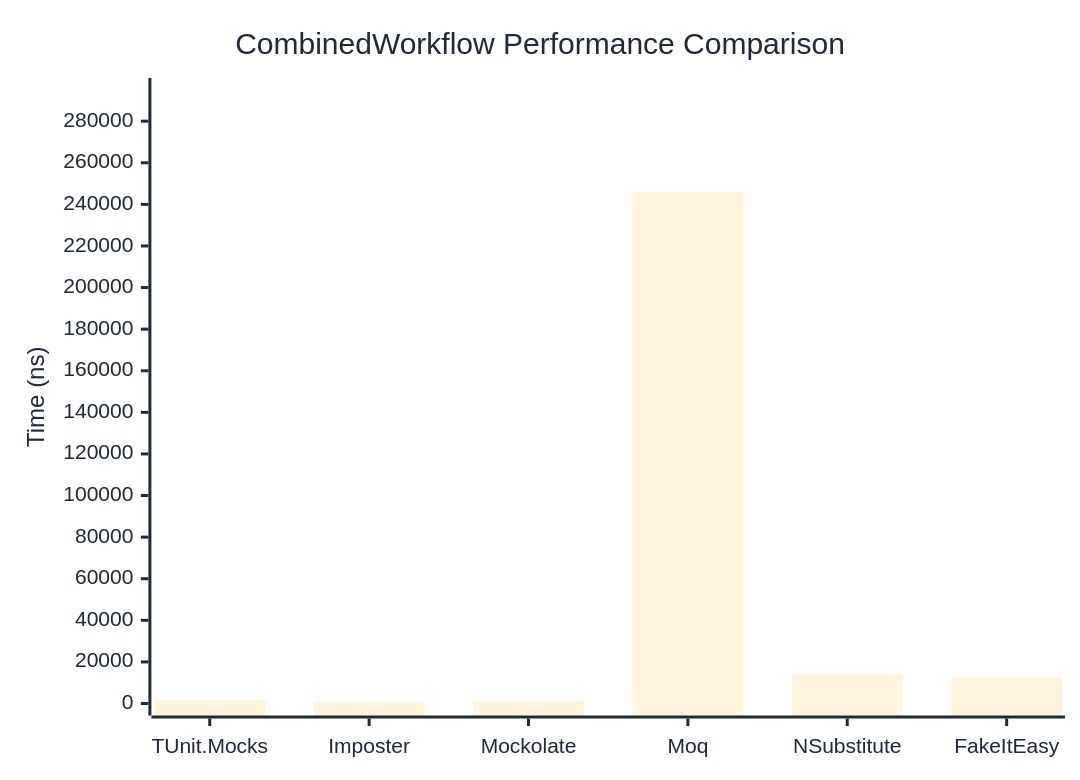
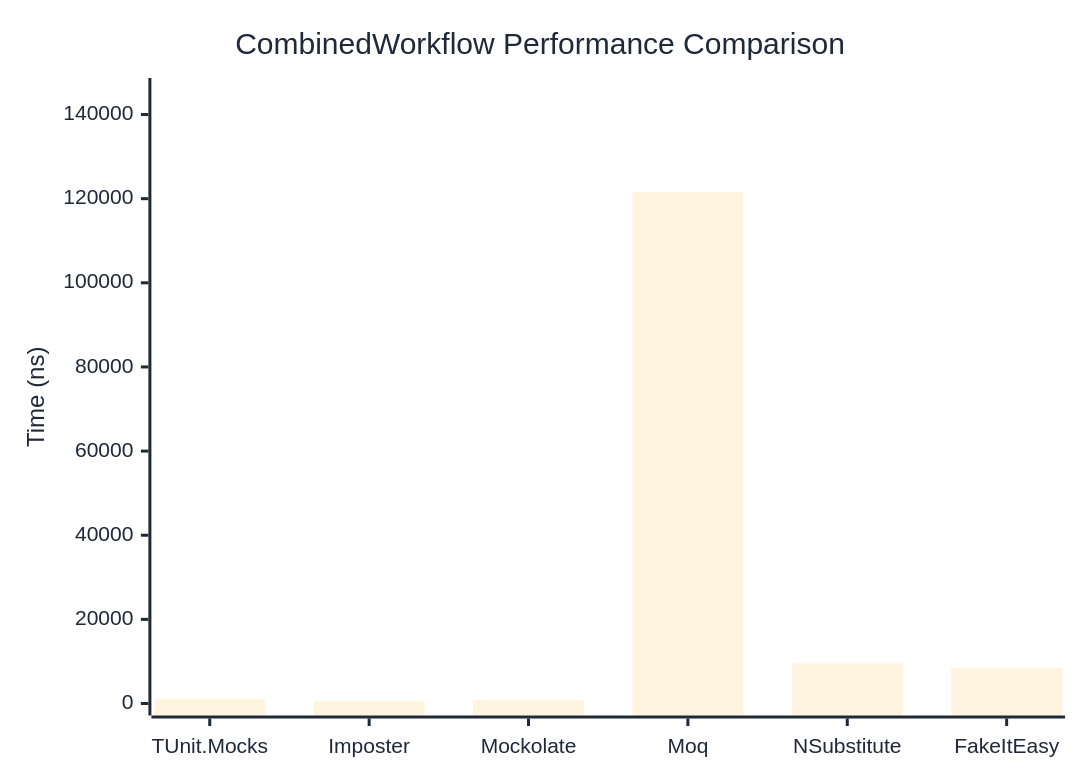
Before and after one commit to thomhurst/TUnit: the diagram in docs/docs/benchmarks/mocks/CombinedWorkflow.md, drawn with Mermaid. The commit also changed other lines of this file and 14 other files, not shown here.

````diff
--- a/docs/docs/benchmarks/mocks/CombinedWorkflow.md
+++ b/docs/docs/benchmarks/mocks/CombinedWorkflow.md
@@ -30,27 +30,27 @@
 ```mermaid
 %%{init: {
   'theme':'base',
   'themeVariables': {
     'primaryColor': '#2563eb',
     'primaryTextColor': '#1f2937',
     'primaryBorderColor': '#1e40af',
     'lineColor': '#6b7280',
     'secondaryColor': '#7c3aed',
     'tertiaryColor': '#dc2626',
     'background': '#ffffff',
     'pie1': '#2563eb',
     'pie2': '#7c3aed',
     'pie3': '#dc2626',
     'pie4': '#f59e0b',
     'pie5': '#10b981',
     'pie6': '#06b6d4',
     'pie7': '#ec4899',
     'pie8': '#6366f1'
   }
 }}%%
 xychart-beta
   title "CombinedWorkflow Performance Comparison"
   x-axis ["TUnit.Mocks", "Imposter", "Mockolate", "Moq", "NSubstitute", "FakeItEasy"]
-  y-axis "Time (ns)" 0 --> 294988
-  bar [1574.4, 789.3, 1318.8, 245822.9, 13990.3, 12675.2]
+  y-axis "Time (ns)" 0 --> 145833
+  bar [1014.7, 492.2, 848.3, 121527.5, 9571.4, 8469.4]
 ```
````
